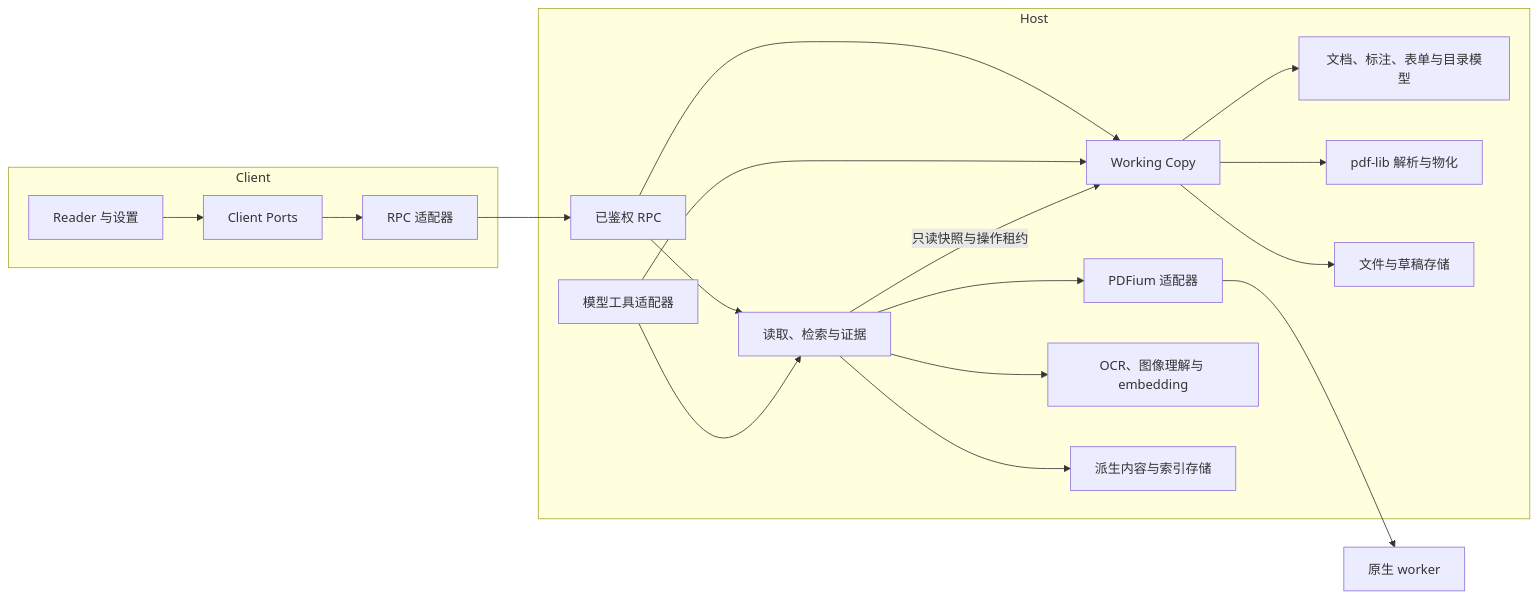
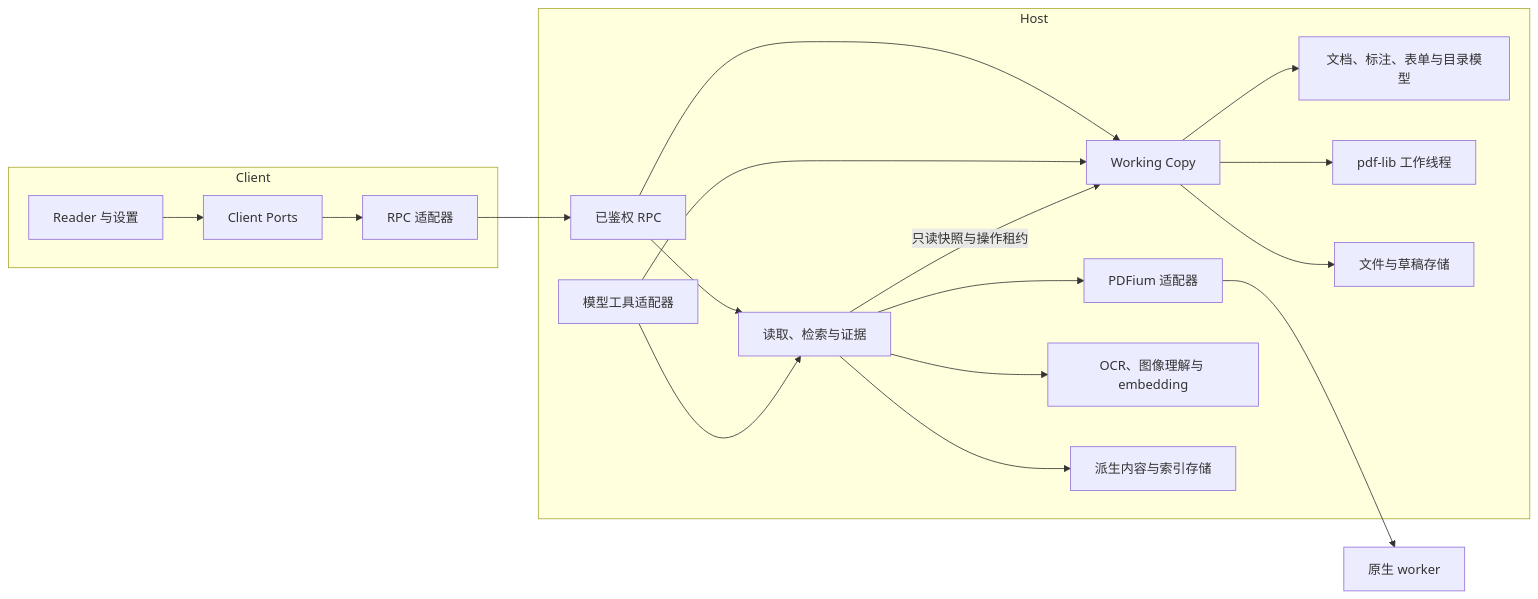
One commit to dingyiliao/dsh-bundle-pdf changed the diagram in docs/architecture.md. Above: the diagram before and after it, drawn with Mermaid. The commit also changed other lines of this file and 117 other files, not shown here.

````diff
--- a/docs/architecture.md
+++ b/docs/architecture.md
@@ -9,22 +9,22 @@
 ```mermaid
 flowchart LR
   subgraph Client[Client]
     UI[Reader 与设置] --> PORT[Client Ports]
     PORT --> REMOTE[RPC 适配器]
   end
   subgraph Host[Host]
     RPC[已鉴权 RPC] --> WC[Working Copy]
     TOOL[模型工具适配器] --> WC
     RPC --> READ[读取、检索与证据]
     TOOL --> READ
     READ -->|只读快照与操作租约| WC
     WC --> PURE[文档、标注、表单与目录模型]
-    WC --> WRITE[pdf-lib 解析与物化]
+    WC --> WRITE[pdf-lib 工作线程]
     WC --> FILES[文件与草稿存储]
     READ --> PDF[PDFium 适配器]
     READ --> AI[OCR、图像理解与 embedding]
     READ --> INDEX[派生内容与索引存储]
   end
   REMOTE --> RPC
   PDF --> WORKER[原生 worker]
 ```
````
